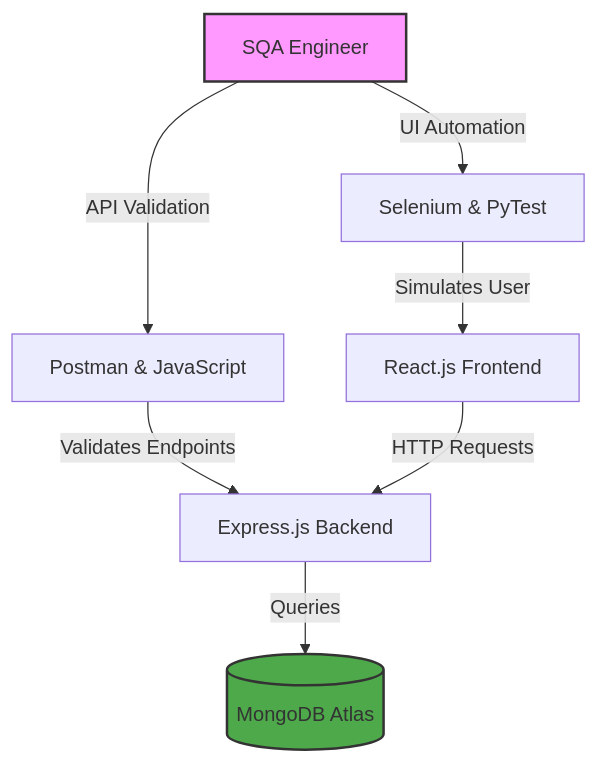
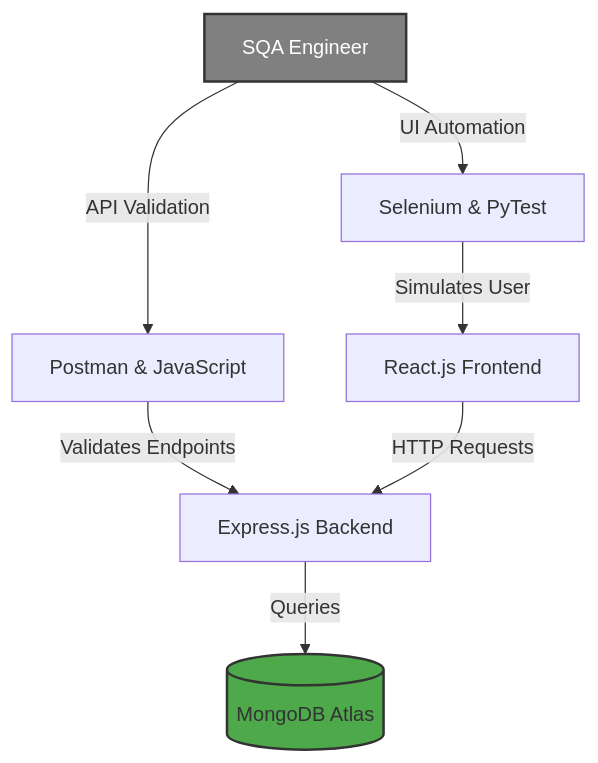
Before and after one commit to Hhoath7/MERN-Ecommerce: the diagram in README.md, drawn with Mermaid.

Commit message:
style: updated SQA architecture node to professional gray

````diff
--- a/README.md
+++ b/README.md
@@ -14,14 +14,14 @@
 ```mermaid
 graph TD
     SQA[SQA Engineer] -->|UI Automation| Selenium[Selenium & PyTest]
     SQA -->|API Validation| Postman[Postman & JavaScript]
     
     Selenium -->|Simulates User| UI[React.js Frontend]
     Postman -->|Validates Endpoints| API[Express.js Backend]
     
     UI -->|HTTP Requests| API
     API -->|Queries| DB[(MongoDB Atlas)]
     
-    style SQA fill:#f9f,stroke:#333,stroke-width:2px
+    style SQA fill:#808080,stroke:#333,stroke-width:2px,color:#fff
     style DB fill:#4ea94b,stroke:#333,stroke-width:2px
 ```
````
